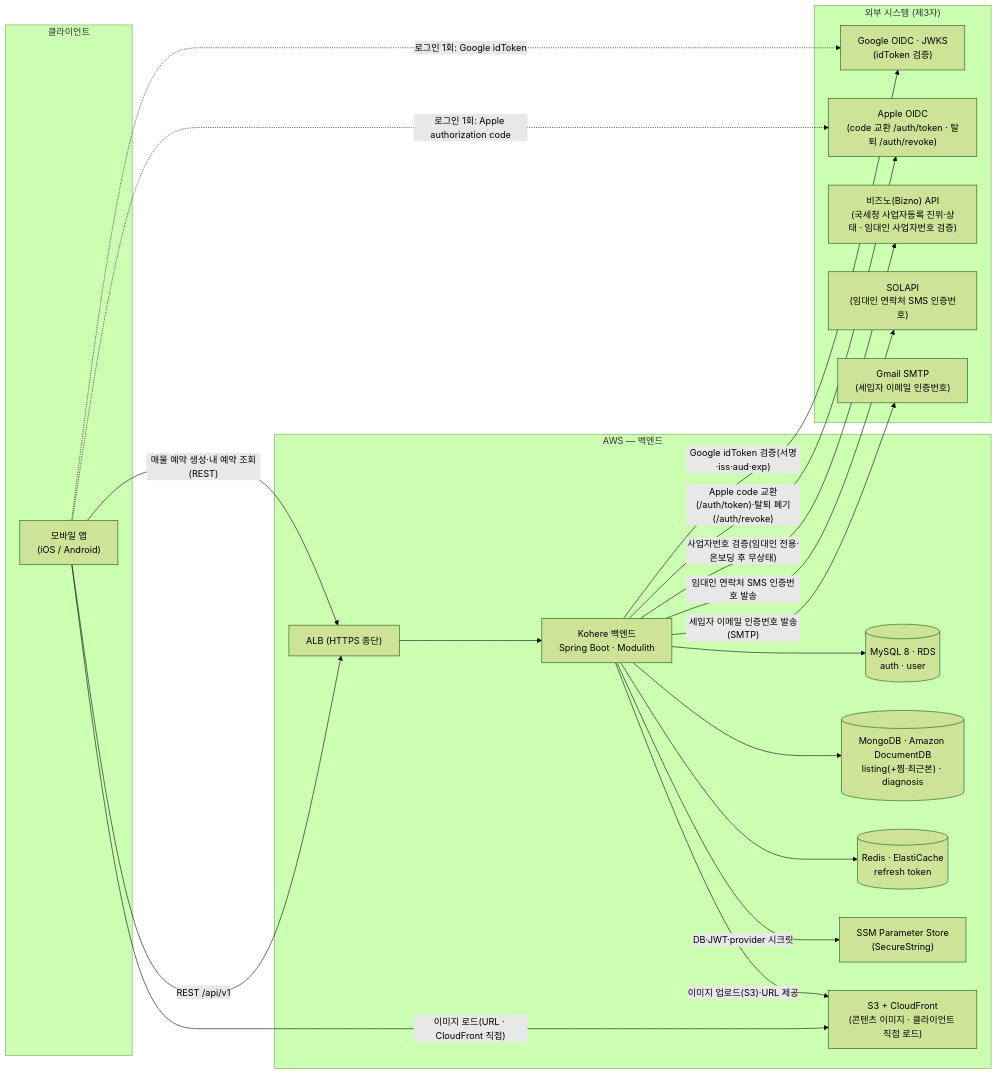
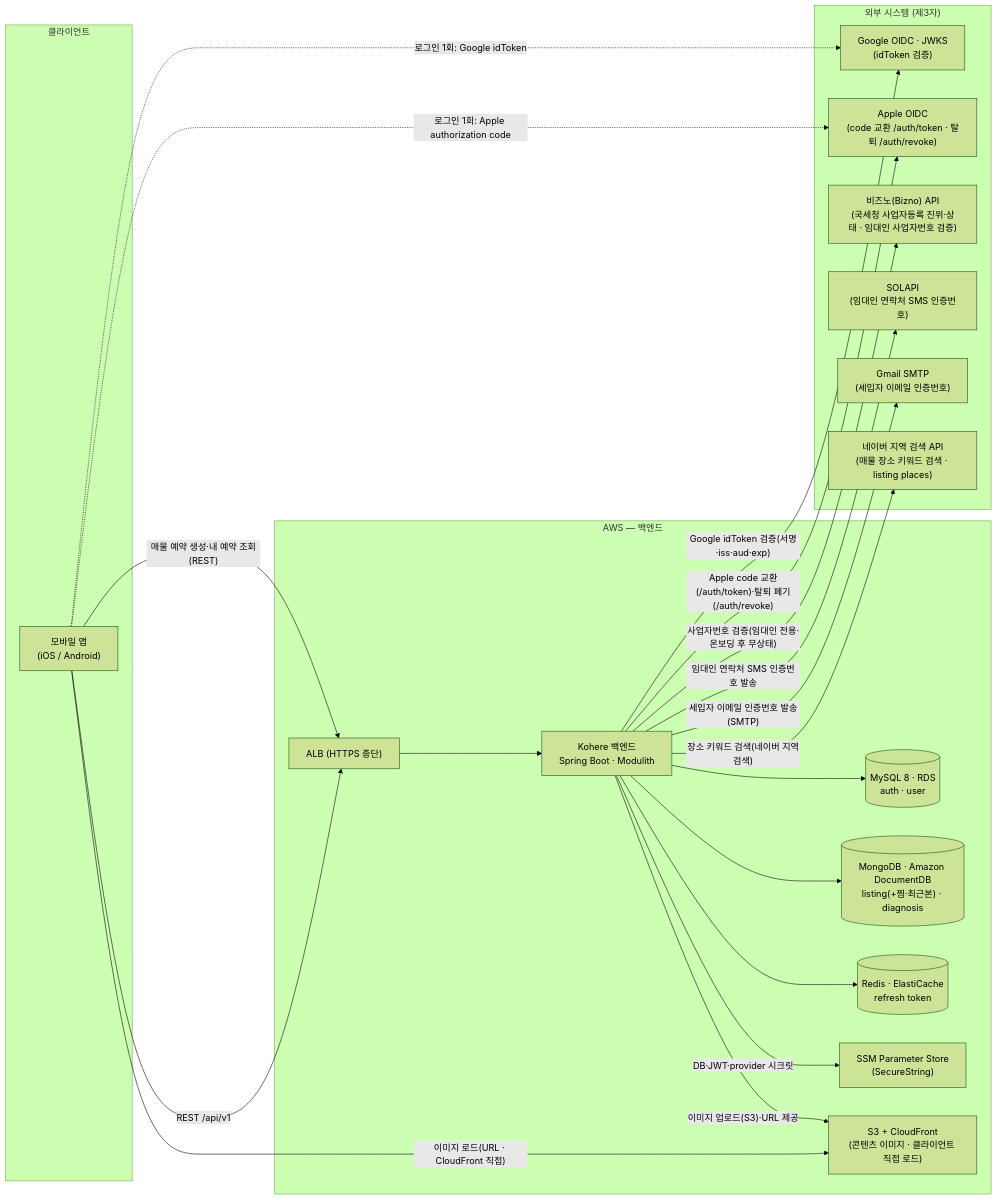
Before and after one commit to jameskim9509/Kohere-backend: the first of 5 diagrams in docs/architecture/system-overview.md, drawn with Mermaid (forest theme). The commit also changed other lines of this file and 5 other files, not shown here.

First line of the commit message:
docs(architecture): 네이버 지역 검색 연동 아키텍처 문서 정합화

````diff
--- a/docs/architecture/system-overview.md
+++ b/docs/architecture/system-overview.md
@@ -29,41 +29,43 @@
 ```mermaid
 flowchart LR
     subgraph Client["클라이언트"]
       APP["모바일 앱<br/>(iOS / Android)"]
     end
 
     subgraph External["외부 시스템 (제3자)"]
       OIDC["Google OIDC · JWKS<br/>(idToken 검증)"]
       APPLE["Apple OIDC<br/>(code 교환 /auth/token · 탈퇴 /auth/revoke)"]
       BIZNO["비즈노(Bizno) API<br/>(국세청 사업자등록 진위·상태 · 임대인 사업자번호 검증)"]
       SOLAPI["SOLAPI<br/>(임대인 연락처 SMS 인증번호)"]
       MAIL["Gmail SMTP<br/>(세입자 이메일 인증번호)"]
+      NAVER["네이버 지역 검색 API<br/>(매물 장소 키워드 검색 · listing places)"]
     end
 
     subgraph Cloud["AWS — 백엔드"]
       ALB["ALB (HTTPS 종단)"]
       SRV["Kohere 백엔드<br/>Spring Boot · Modulith"]
       MYSQL[("MySQL 8 · RDS<br/>auth · user")]
       MONGO[("MongoDB · Amazon DocumentDB<br/>listing(+찜·최근본) · diagnosis")]
       REDIS[("Redis · ElastiCache<br/>refresh token")]
       SECRET["SSM Parameter Store<br/>(SecureString)"]
       CDN["S3 + CloudFront<br/>(콘텐츠 이미지 · 클라이언트 직접 로드)"]
     end
 
     APP -- "REST /api/v1" --> ALB
     ALB --> SRV
     APP -. "로그인 1회: Google idToken" .-> OIDC
     APP -. "로그인 1회: Apple authorization code" .-> APPLE
     SRV -- "Google idToken 검증(서명·iss·aud·exp)" --> OIDC
     SRV -- "Apple code 교환(/auth/token)·탈퇴 폐기(/auth/revoke)" --> APPLE
     SRV -- "사업자번호 검증(임대인 전용·온보딩 후 무상태)" --> BIZNO
     SRV -- "임대인 연락처 SMS 인증번호 발송" --> SOLAPI
     SRV -- "세입자 이메일 인증번호 발송(SMTP)" --> MAIL
+    SRV -- "장소 키워드 검색(네이버 지역검색)" --> NAVER
     SRV --> MYSQL
     SRV --> MONGO
     SRV --> REDIS
     APP -- "매물 예약 생성·내 예약 조회(REST)" --> ALB
     APP -- "이미지 로드(URL · CloudFront 직접)" --> CDN
     SRV -- "이미지 업로드(S3)·URL 제공" --> CDN
     SRV -- "DB·JWT·provider 시크릿" --> SECRET
 ```
````
